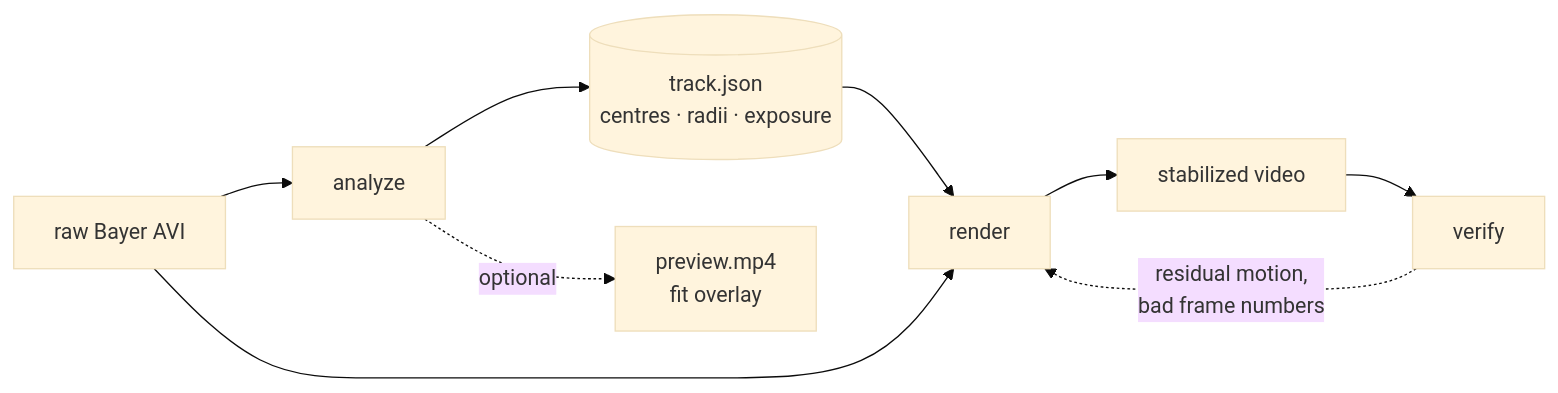
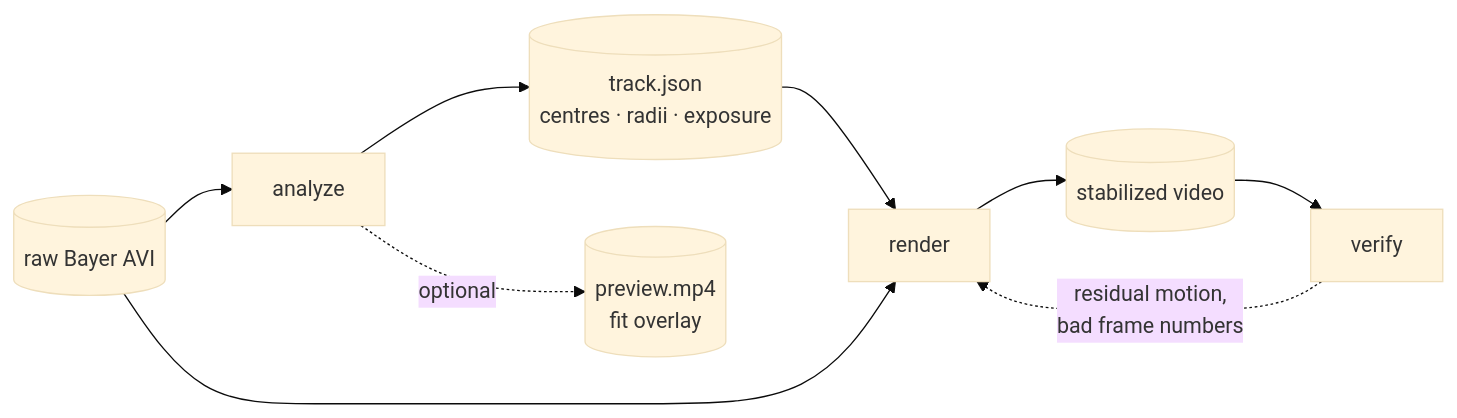
One commit to awassink/solar-eclipse-timelapse-stabilizer changed the diagram in README.md. Above: the diagram before and after it, drawn with Mermaid (base theme).

Commit message:
Improved the flowchart in the readme

````diff
--- a/README.md
+++ b/README.md
@@ -78,11 +78,11 @@
 ```mermaid
 flowchart LR
-    A[raw Bayer AVI] --> B[analyze]
+    A[(raw Bayer AVI)] --> B[analyze]
     B --> C[(track.json<br/>centres · radii · exposure)]
-    B -.optional.-> P[preview.mp4<br/>fit overlay]
+    B -.optional.-> P[(preview.mp4<br/>fit overlay)]
     C --> D[render]
     A --> D
-    D --> E[stabilized video]
+    D --> E[(stabilized video)]
     E --> F[verify]
     F -.->|residual motion,<br/>bad frame numbers| D
 ```
````
